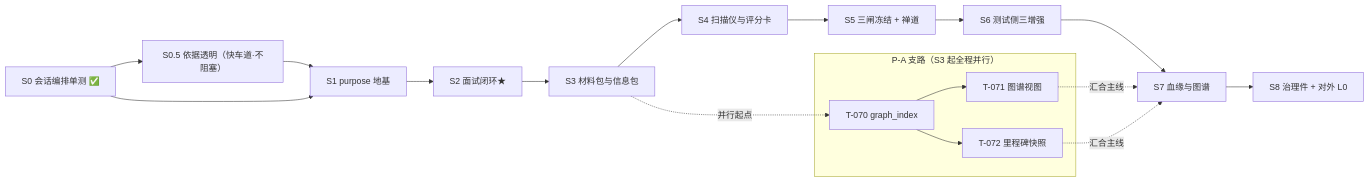
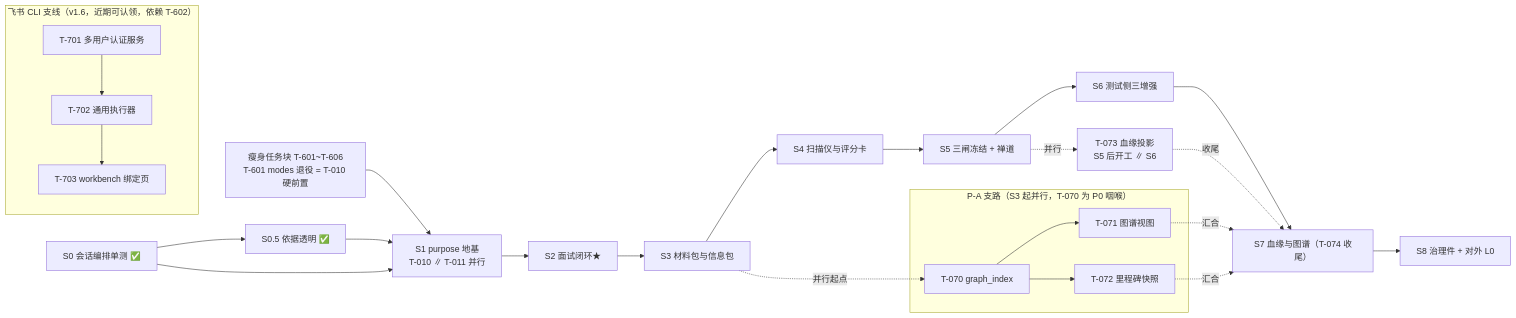
One commit to caiyfa/spec-guard changed the diagram in docs/远期设计/SpecGuard-总控文档.md. Above: the diagram before and after it, drawn with Mermaid. The commit also changed other lines of this file and 22 other files, not shown here.

````diff
--- a/docs/远期设计/SpecGuard-总控文档.md
+++ b/docs/远期设计/SpecGuard-总控文档.md
@@ -74,23 +80,27 @@
 ```mermaid
 flowchart LR
-  S0["S0 会话编排单测 ✅"] --> S05["S0.5 依据透明（快车道·不阻塞）"]
-  S05 --> S1["S1 purpose 地基"]
+  SLIM["瘦身任务块 T-601~T-606<br/>T-601 modes 退役 = T-010 硬前置"]
+  S0["S0 会话编排单测 ✅"] --> S05["S0.5 依据透明 ✅"]
+  S05 --> S1["S1 purpose 地基<br/>T-010 ∥ T-011 并行"]
   S0 --> S1
   S1 --> S2["S2 面试闭环★"]
   S2 --> S3["S3 材料包与信息包"]
   S3 --> S4["S4 扫描仪与评分卡"]
   S4 --> S5["S5 三闸冻结 + 禅道"]
   S5 --> S6["S6 测试侧三增强"]
-  S6 --> S7["S7 血缘与图谱"]
+  S6 --> S7["S7 血缘与图谱（T-074 收尾）"]
   S7 --> S8["S8 治理件 + 对外 L0"]
-  subgraph PA["P-A 支路（S3 起全程并行）"]
-    P70["T-070 graph_index"]
-    P71["T-071 图谱视图"]
-    P72["T-072 里程碑快照"]
-    P70 --> P71
-    P70 --> P72
+  SLIM --> S1
+  subgraph PA["P-A 支路（S3 起并行，T-070 为 P0 咽喉）"]
+    P70["T-070 graph_index"] --> P71["T-071 图谱视图"]
+    P70 --> P72["T-072 里程碑快照"]
   end
   S3 -. 并行起点 .-> P70
-  P71 -. 汇合主线 .-> S7
-  P72 -. 汇合主线 .-> S7
+  P71 -. 汇合 .-> S7
+  P72 -. 汇合 .-> S7
+  LINE["T-073 血缘投影<br/>S5 后开工 ∥ S6"] -. 收尾 .-> S7
+  S5 -. 并行 .-> LINE
+  subgraph LARK["飞书 CLI 支线（v1.6，近期可认领，依赖 T-602）"]
+    L71["T-701 多用户认证服务"] --> L72["T-702 通用执行器"] --> L73["T-703 workbench 绑定页"]
+  end
 ```
````
